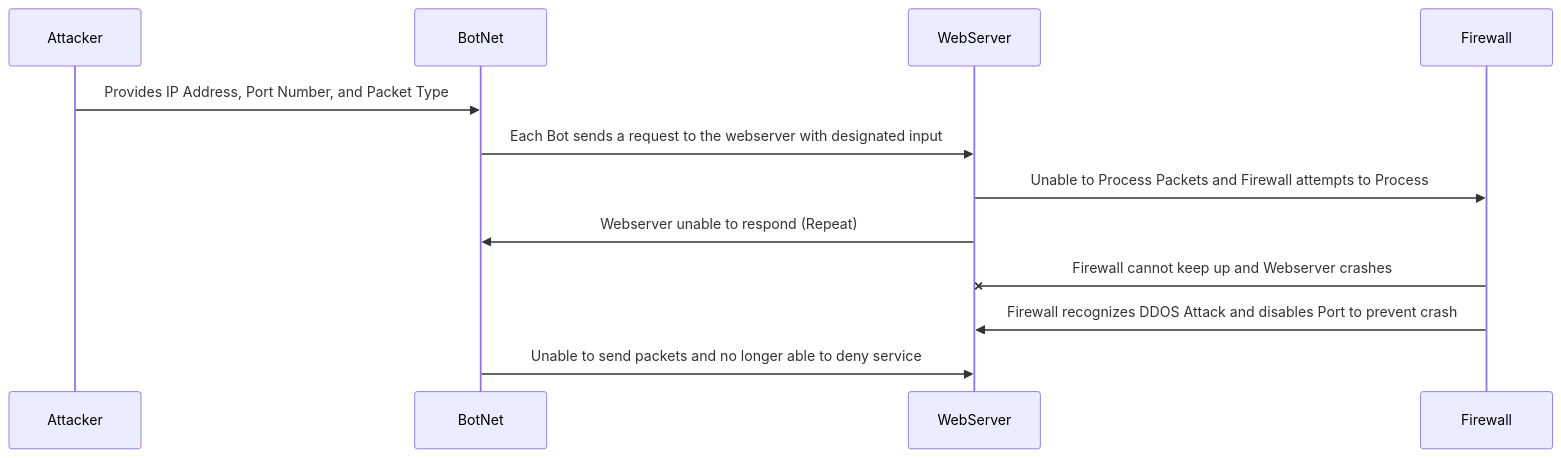
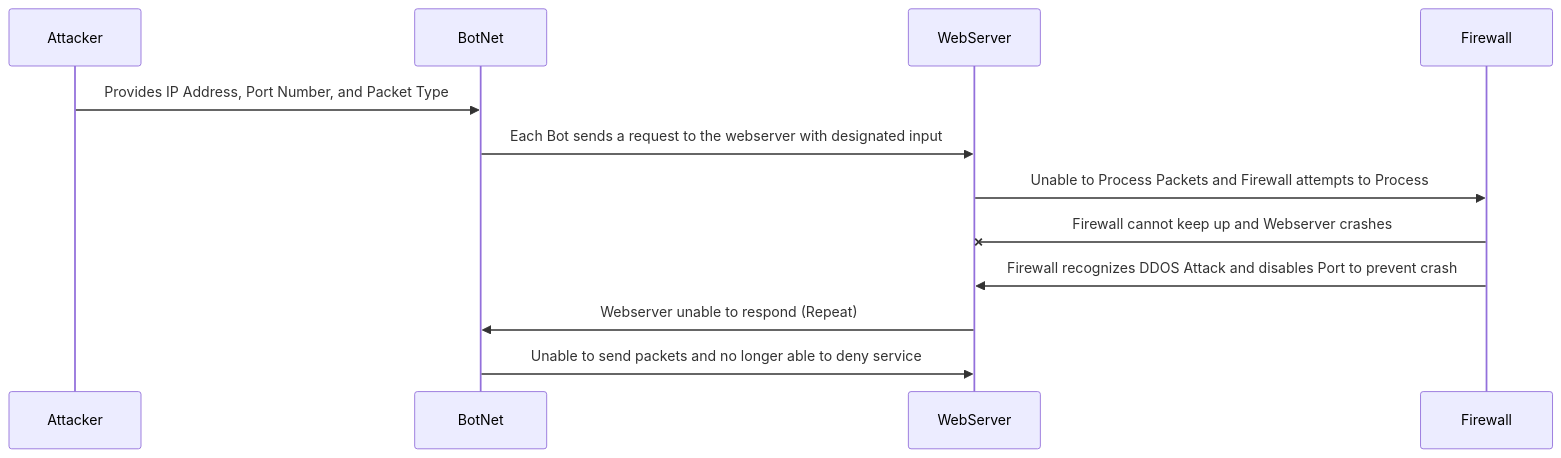
The diagram in Mermaid Diagram/DDOS_Attack_Sequence.md (JrJennings-Edu/JrJennings.github.io), drawn with Mermaid before and after one commit. The commit also changed other lines of this file, not shown here.

First line of the commit message:
Update DDOS_Attack_Sequence.md

````diff
--- a/Mermaid Diagram/DDOS_Attack_Sequence.md
+++ b/Mermaid Diagram/DDOS_Attack_Sequence.md
@@ -1,15 +1,15 @@
 ```mermaid
 sequenceDiagram
 participant Attacker
 participant BotNet
 participant WebServer
 participant Firewall
 
 	Attacker ->> BotNet: Provides IP Address, Port Number, and Packet Type
 	BotNet ->> WebServer: Each Bot sends a request to the webserver with designated input
 	WebServer ->> Firewall: Unable to Process Packets and Firewall attempts to Process
-	WebServer ->> BotNet: Webserver unable to respond (Repeat)
 	Firewall -x WebServer: Firewall cannot keep up and Webserver crashes
 	Firewall ->> WebServer: Firewall recognizes DDOS Attack and disables Port to prevent crash
+	WebServer ->> BotNet: Webserver unable to respond (Repeat)
 	BotNet ->> WebServer: Unable to send packets and no longer able to deny service
 ```
````
